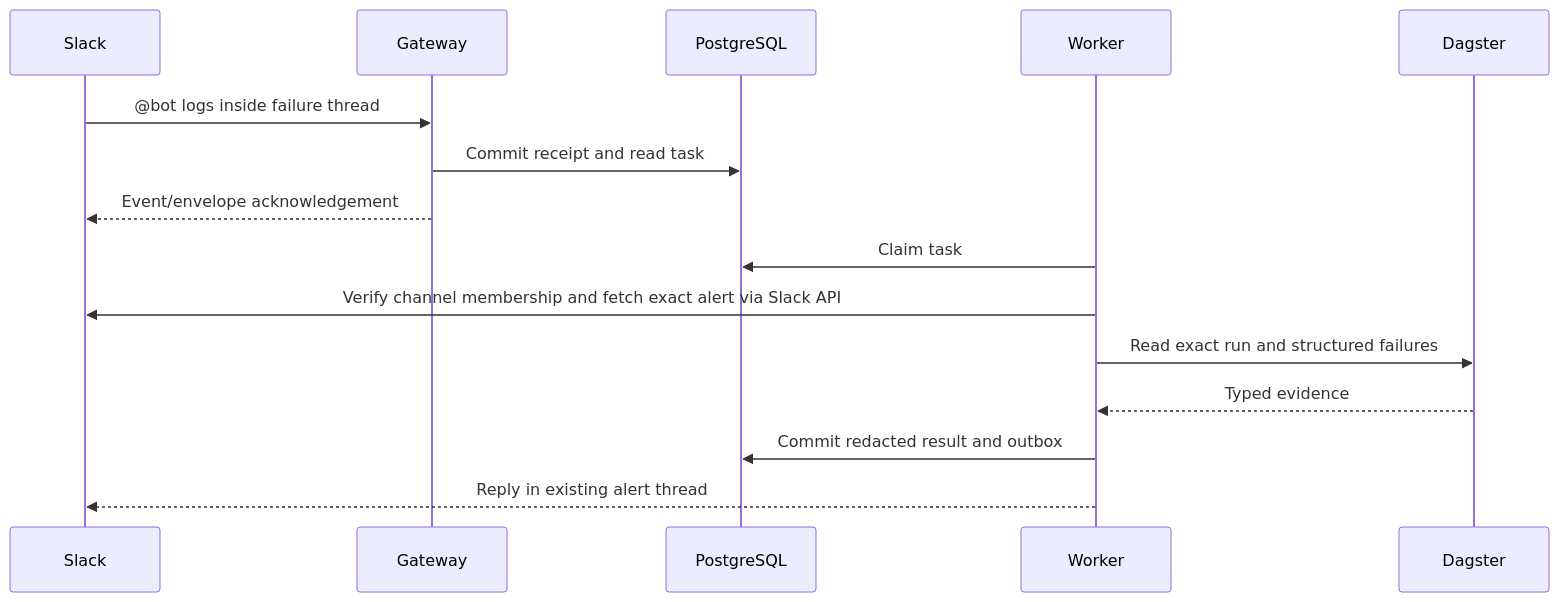
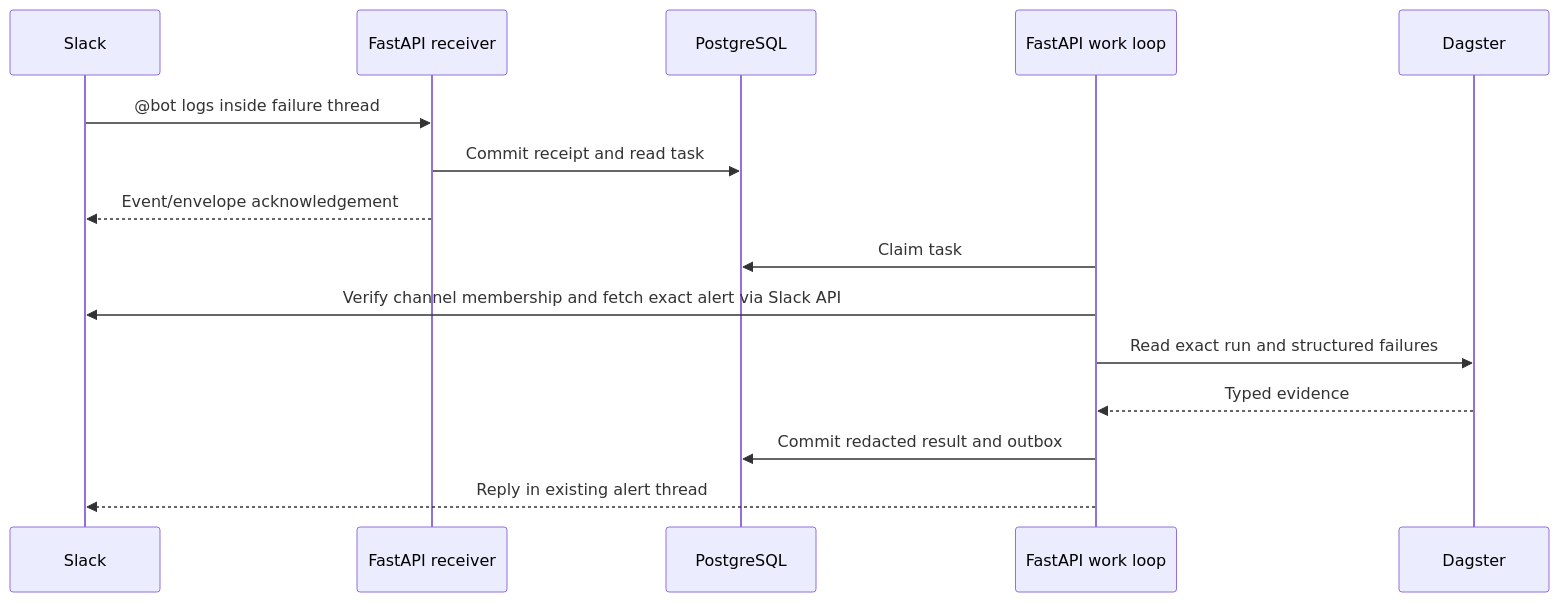
Before and after one commit to raiaman15/slackbot: the third of 4 diagrams in dagster_slackbot_spec.md, drawn with Mermaid. The commit also changed other lines of this file, not shown here.

Commit message:
docs: simplify same-cluster FastAPI to Dagster architecture (v0.3)

````diff
--- a/dagster_slackbot_spec.md
+++ b/dagster_slackbot_spec.md
@@ -693,17 +779,17 @@
 ```mermaid
 sequenceDiagram
   participant U as Slack
-  participant G as Gateway
+  participant G as FastAPI receiver
   participant P as PostgreSQL
-  participant W as Worker
+  participant W as FastAPI work loop
   participant D as Dagster
   U->>G: @bot logs inside failure thread
   G->>P: Commit receipt and read task
   G-->>U: Event/envelope acknowledgement
   W->>P: Claim task
   W->>U: Verify channel membership and fetch exact alert via Slack API
   W->>D: Read exact run and structured failures
   D-->>W: Typed evidence
   W->>P: Commit redacted result and outbox
   W-->>U: Reply in existing alert thread
 ```
````
